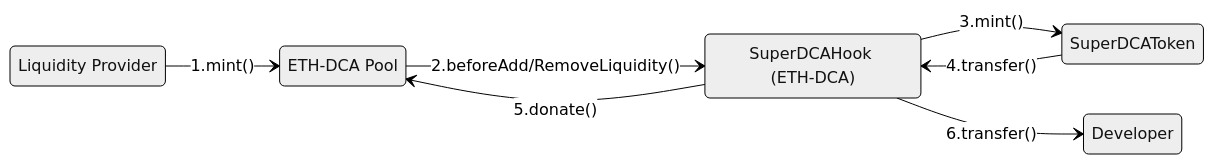
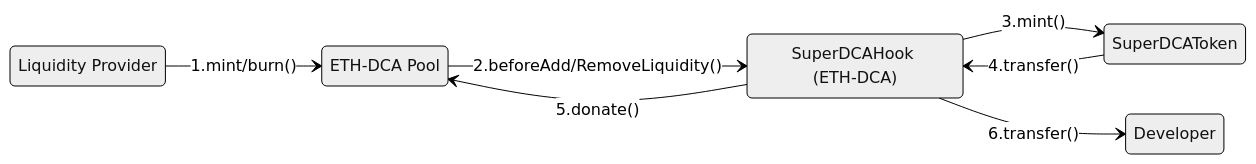
One commit to Super-DCA-Tech/super-dca-gauge changed the second of 2 diagrams in README.md. Above: the diagram before and after it, drawn with Mermaid (neutral theme). The commit also changed other lines of this file, not shown here.

````diff
--- a/README.md
+++ b/README.md
@@ -67,19 +67,19 @@
 ```mermaid
 stateDiagram-v2
     direction LR
 
     state "Liquidity Provider" as LP_ETH
     state "ETH‑DCA Pool" as Pool_ETH
     state "SuperDCAHook (ETH‑DCA)" as Hook_ETH
     state "SuperDCAToken" as Token
     state "Developer" as Developer
     
 
     %% ETH‑DCA Pool Flow
-    LP_ETH --> Pool_ETH: 1.mint()
+    LP_ETH --> Pool_ETH: 1.mint/burn()
     Pool_ETH --> Hook_ETH: 2.beforeAdd/RemoveLiquidity()
     Hook_ETH --> Token: 3.mint()
     Token --> Hook_ETH: 4.transfer()
     Hook_ETH --> Pool_ETH: 5.donate()
     Hook_ETH --> Developer: 6.transfer()
 ```
````
